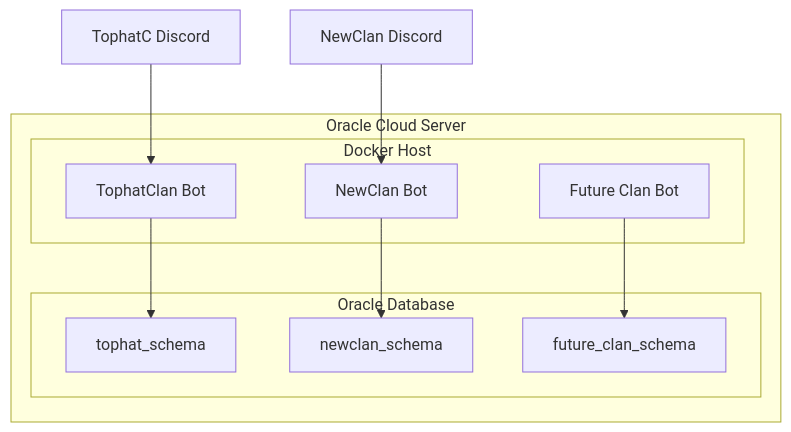
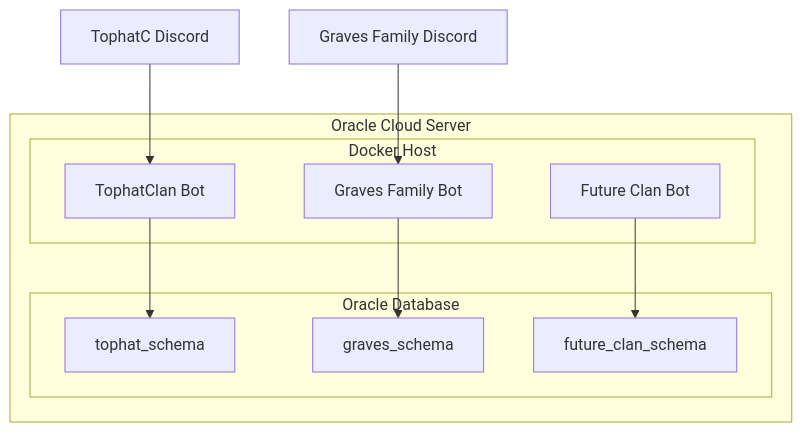
The diagram in plans/multi-clan-architecture.plan.md (astevko/TophatClanBot), drawn with Mermaid before and after one commit. The commit also changed other lines of this file, not shown here.

Commit message:
changed the naming conventions to graves for the new bot"

````diff
--- a/plans/multi-clan-architecture.plan.md
+++ b/plans/multi-clan-architecture.plan.md
@@ -37,23 +37,23 @@
 ```mermaid
 graph TB
     subgraph oracleCloud [Oracle Cloud Server]
         subgraph db [Oracle Database]
             Schema1[tophat_schema]
-            Schema2[newclan_schema]
+            Schema2[graves_schema]
             Schema3[future_clan_schema]
         end
         
         subgraph docker [Docker Host]
             Bot1[TophatClan Bot]
-            Bot2[NewClan Bot]
+            Bot2[Graves Family Bot]
             Bot3[Future Clan Bot]
         end
     end
     
     Bot1 --> Schema1
     Bot2 --> Schema2
     Bot3 --> Schema3
     
     Discord1[TophatC Discord] --> Bot1
-    Discord2[NewClan Discord] --> Bot2
+    Discord2[Graves Family Discord] --> Bot2
 ```
````
